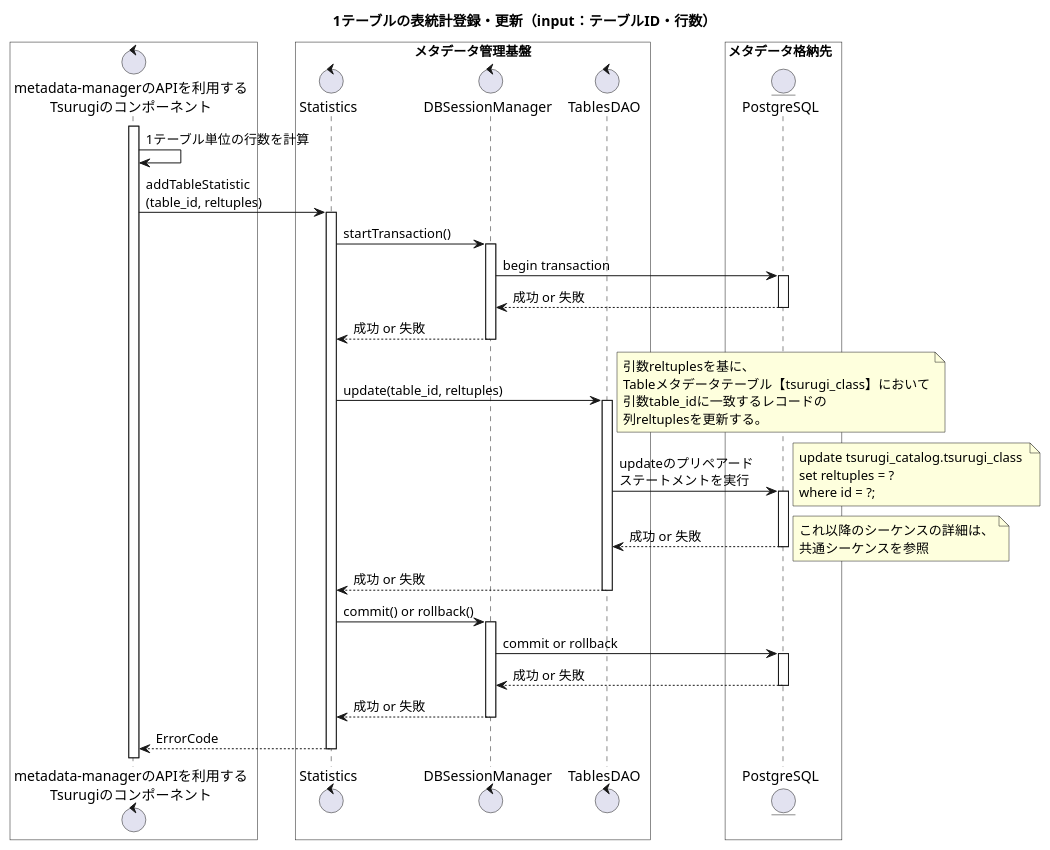
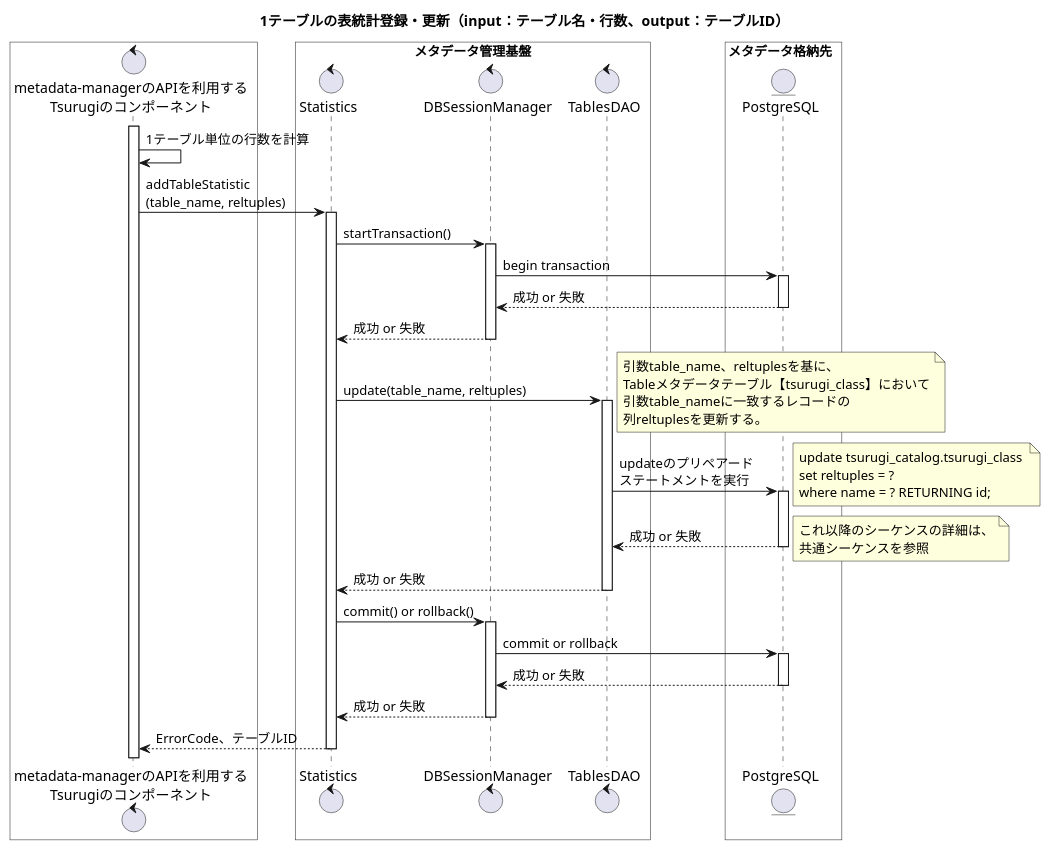
The fifth of 10 diagrams in metadata-manager/docs/statistic/02.FD/uml/SequenceDiagram_detail.pu (project-tsurugi/metadata-manager), drawn with PlantUML before and after one commit. The commit also changed other lines of this file and 9 other files, not shown here.

Commit message:
Fix input of API about table statistics

```diff
--- a/metadata-manager/docs/statistic/02.FD/uml/SequenceDiagram_detail.pu
+++ b/metadata-manager/docs/statistic/02.FD/uml/SequenceDiagram_detail.pu
@@ -263,62 +263,62 @@
 @startuml
-title 1テーブルの表統計登録・更新（input：テーブルID・行数）
+title 1テーブルの表統計登録・更新（input：テーブル名・行数、output：テーブルID）
 
 box #White
 control "metadata-managerのAPIを利用する\nTsurugiのコンポーネント" as ogawayama
 end box
 box "メタデータ管理基盤" #White
 control "Statistics" as Statistics
 control "DBSessionManager" as DBSessionManager
 control "TablesDAO" as TablesDAO
 end box
 box メタデータ格納先  #White
 entity "PostgreSQL" as metadata_storage
 end box
 
 activate ogawayama
 ogawayama -> ogawayama : 1テーブル単位の行数を計算
-ogawayama -> Statistics : addTableStatistic\n(table_id, reltuples)
+ogawayama -> Statistics : addTableStatistic\n(table_name, reltuples)
 activate Statistics
 Statistics -> DBSessionManager : startTransaction()
 activate DBSessionManager
 DBSessionManager -> metadata_storage : begin transaction
 activate metadata_storage
 DBSessionManager <-- metadata_storage: 成功 or 失敗
 deactivate metadata_storage
 Statistics <-- DBSessionManager : 成功 or 失敗
 deactivate DBSessionManager
-Statistics -> TablesDAO : update(table_id, reltuples)
+Statistics -> TablesDAO : update(table_name, reltuples)
 activate TablesDAO
 note right
-引数reltuplesを基に、
+引数table_name、reltuplesを基に、
 Tableメタデータテーブル【tsurugi_class】において
-引数table_idに一致するレコードの
+引数table_nameに一致するレコードの
 列reltuplesを更新する。
 end note
 TablesDAO -> metadata_storage : updateのプリペアード\nステートメントを実行
 note right
 update tsurugi_catalog.tsurugi_class 
 set reltuples = ? 
-where id = ?;
+where name = ? RETURNING id;
 end note
 activate metadata_storage
 TablesDAO <-- metadata_storage : 成功 or 失敗
 note right
 これ以降のシーケンスの詳細は、
 共通シーケンスを参照
 end note
 deactivate metadata_storage
 Statistics <-- TablesDAO : 成功 or 失敗
 deactivate TablesDAO
 Statistics -> DBSessionManager : commit() or rollback()
 activate DBSessionManager
 DBSessionManager -> metadata_storage : commit or rollback
 activate metadata_storage
 DBSessionManager <-- metadata_storage : 成功 or 失敗
 deactivate metadata_storage
 Statistics <-- DBSessionManager : 成功 or 失敗
 deactivate DBSessionManager
-ogawayama <-- Statistics : ErrorCode
+ogawayama <-- Statistics : ErrorCode、テーブルID
 deactivate Statistics
 
 @enduml
```
